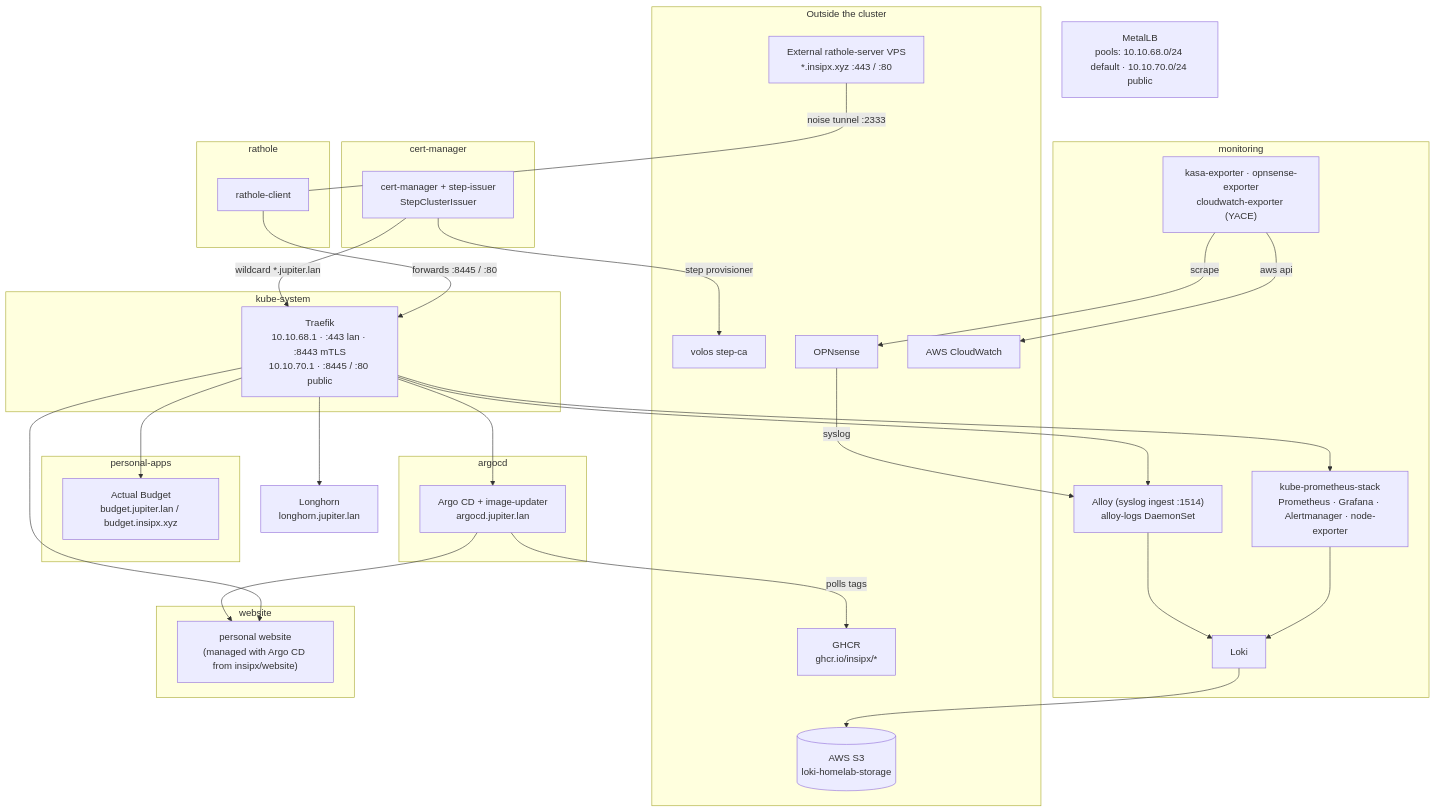
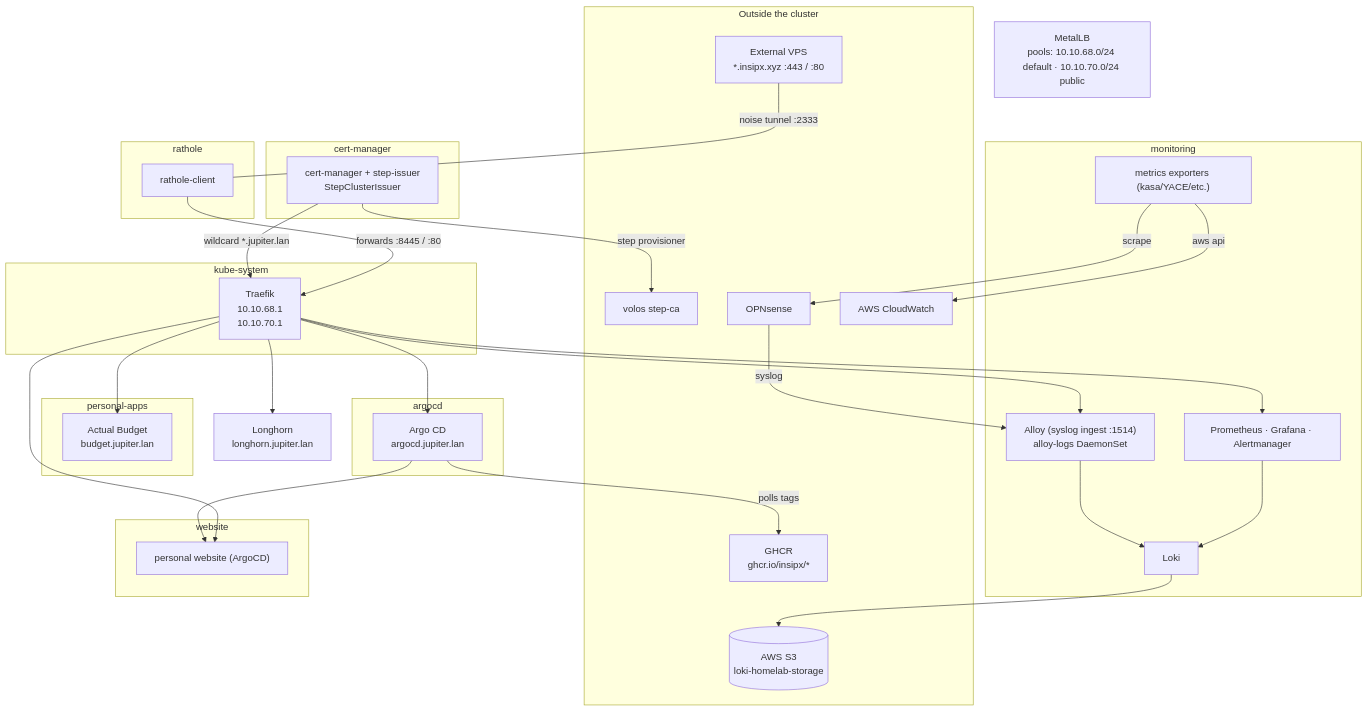
Before and after one commit to insipx/jupiter: the second of 2 diagrams in README.md, drawn with Mermaid. The commit also changed other lines of this file and 4 other files, not shown here.

````diff
--- a/README.md
+++ b/README.md
@@ -60,61 +67,53 @@
 ```mermaid
+---
+config:
+theme: dark
+---
 flowchart TB
-  subgraph external["Outside the cluster"]
-    fly["External rathole-server VPS<br/>*.insipx.xyz :443 / :80"]
-    volos["volos step-ca"]
-    opnsense["OPNsense"]
-    s3[("AWS S3<br/>loki-homelab-storage")]
-    cw["AWS CloudWatch"]
-    ghcr["GHCR<br/>ghcr.io/insipx/*"]
+ subgraph external["Outside the cluster"]
+        fly["External VPS<br>*.insipx.xyz :443 / :80"]
+        volos["volos step-ca"]
+        opnsense["OPNsense"]
+        s3[("AWS S3<br>loki-homelab-storage")]
+        cw["AWS CloudWatch"]
+        ghcr["GHCR<br>ghcr.io/insipx/*"]
   end
-
-  subgraph rathole["rathole"]
-    rclient["rathole-client"]
+ subgraph rathole["rathole"]
+        rclient["rathole-client"]
   end
-
-  subgraph kubesystem["kube-system"]
-    traefik["Traefik<br/>10.10.68.1 · :443 lan · :8443 mTLS<br/>10.10.70.1 · :8445 / :80 public"]
+ subgraph kubesystem["kube-system"]
+        traefik["Traefik<br>10.10.68.1<br>10.10.70.1"]
   end
-
-  metallb["MetalLB<br/>pools: 10.10.68.0/24 default · 10.10.70.0/24 public"]
-  longhorn["Longhorn<br/>longhorn.jupiter.lan"]
-
-  subgraph certs["cert-manager"]
-    certmgr["cert-manager + step-issuer<br/>StepClusterIssuer"]
+ subgraph certs["cert-manager"]
+        certmgr["cert-manager + step-issuer<br>StepClusterIssuer"]
   end
-
-  subgraph monitoring["monitoring"]
-    kps["kube-prometheus-stack<br/>Prometheus · Grafana · Alertmanager · node-exporter"]
-    loki["Loki"]
-    alloy["Alloy (syslog ingest :1514)<br/>alloy-logs DaemonSet"]
-    exporters["kasa-exporter · opnsense-exporter<br/>cloudwatch-exporter (YACE)"]
+ subgraph monitoring["monitoring"]
+        kps["Prometheus · Grafana · Alertmanager"]
+        loki["Loki"]
+        alloy["Alloy (syslog ingest :1514)<br>alloy-logs DaemonSet"]
+        exporters["metrics exporters (kasa/YACE/etc.)"]
   end
-
-  subgraph personal["personal-apps"]
-    budget["Actual Budget<br/>budget.jupiter.lan / budget.insipx.xyz"]
+ subgraph personal["personal-apps"]
+        budget["Actual Budget<br>budget.jupiter.lan"]
   end
-
-  subgraph argocd["argocd"]
-    argo["Argo CD + image-updater<br/>argocd.jupiter.lan"]
+ subgraph argocd["argocd"]
+        argo["Argo CD<br>argocd.jupiter.lan"]
   end
-
-  subgraph website["website"]
-    site["personal website<br/>(managed with Argo CD from insipx/website)"]
+ subgraph website["website"]
+        site["personal website (ArgoCD)"]
   end
-
-  fly -- "noise tunnel :2333" --- rclient
-  rclient -- "forwards :8445 / :80" --> traefik
-  traefik --> budget &  site & argo & kps & longhorn & alloy
-  certmgr -- "step provisioner" --> volos
-  certmgr -- "wildcard *.jupiter.lan" --> traefik
-
-  kps --> loki
-  alloy --> loki
-  loki --> s3
-  exporters -- "scrape" --> opnsense
-  exporters -- "aws api" --> cw
-  opnsense -- "syslog" --> alloy
-
-  argo -- "polls tags" --> ghcr
-  argo --> site
+    fly -- noise tunnel :2333 --- rclient
+    rclient -- forwards :8445 / :80 --> traefik
+    traefik --> budget & site & argo & kps & longhorn["Longhorn<br>longhorn.jupiter.lan"] & alloy
+    certmgr -- step provisioner --> volos
+    certmgr -- "wildcard *.jupiter.lan" --> traefik
+    kps --> loki
+    alloy --> loki
+    loki --> s3
+    exporters -- scrape --> opnsense
+    exporters -- aws api --> cw
+    opnsense -- syslog --> alloy
+    argo -- polls tags --> ghcr
+    argo --> site
+    metallb["MetalLB<br>pools: 10.10.68.0/24 default · 10.10.70.0/24 public"]
 ```
````
